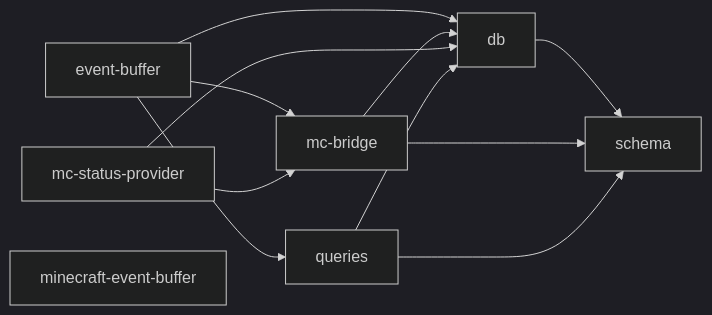
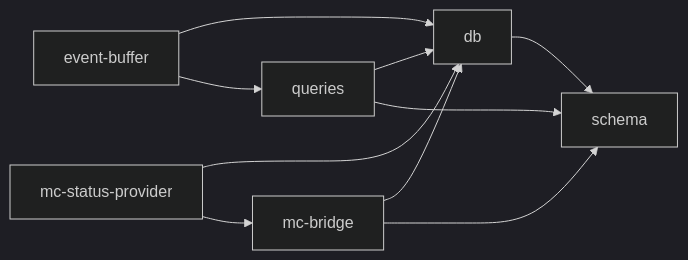
One commit to OJII3/vicissitude changed the diagram in src/store/DEPS.md. Above: the diagram before and after it, drawn with Mermaid (dark theme). The commit also changed other lines of this file and 42 other files, not shown here.

First line of the commit message:
refactor: エージェント間通信を event_buffer に統合し AgentRunner を汎用化 (#158)

````diff
--- a/src/store/DEPS.md
+++ b/src/store/DEPS.md
@@ -7,15 +7,13 @@
 ```mermaid
 graph LR
   db --> schema
   event_buffer["event-buffer"] --> db
-  event_buffer["event-buffer"] --> mc_bridge["mc-bridge"]
   event_buffer["event-buffer"] --> queries
   mc_bridge["mc-bridge"] --> db
   mc_bridge["mc-bridge"] --> schema
   mc_status_provider["mc-status-provider"] --> db
   mc_status_provider["mc-status-provider"] --> mc_bridge["mc-bridge"]
-  minecraft_event_buffer["minecraft-event-buffer"]
   queries --> db
   queries --> schema
   schema
 ```
````
